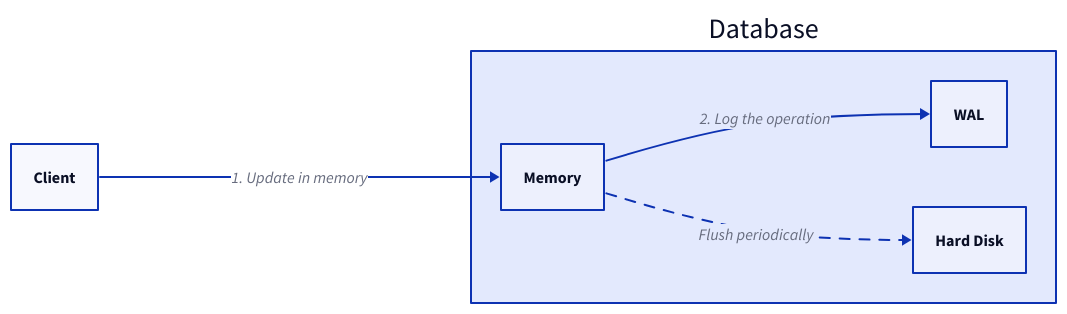
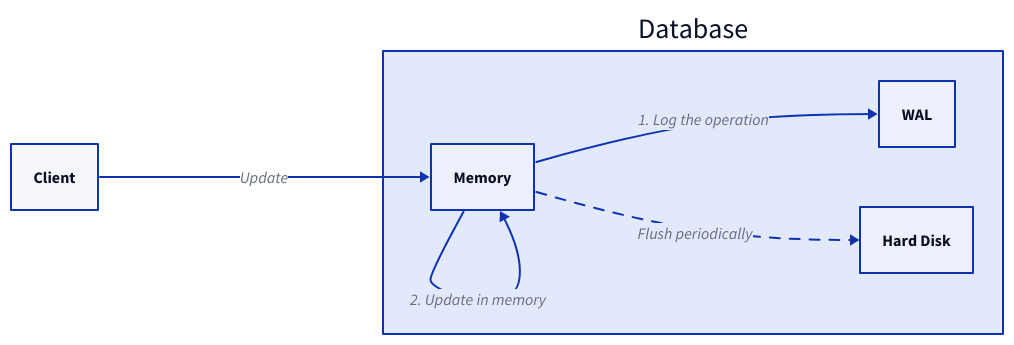
One commit to link1905/system-design-101 changed the third of 5 diagrams in content/docs/system-administration/system-recovery.md. Above: the diagram before and after it, drawn with D2. The commit also changed other lines of this file and 21 other files, not shown here.

````diff
--- a/content/docs/system-administration/system-recovery.md
+++ b/content/docs/system-administration/system-recovery.md
@@ -143,22 +149,23 @@
 ```d2
 direction: right
 s: Database {
   m: Memory {
       class: cache
   }
   wal: WAL {
       class: file
   }
   l: Hard Disk {
     class: hd
   }
   m -> l: Flush periodically {
     style.animated: true
   }
 }
 c: Client {
   class: client
 }
-c -> s.m: 1. Update in memory
-s.m -> s.wal: 2. Log the operation
+c -> s.m: Update
+s.m -> s.wal: 1. Log the operation
+s.m -> s.m: 2. Update in memory
 ```
````
